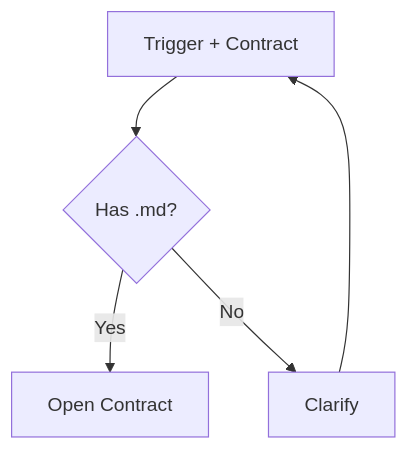
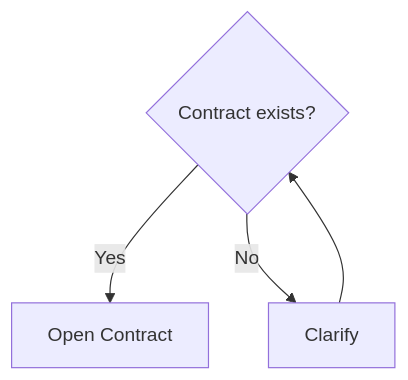
The diagram in contract-diagram/SKILL.md (nonlinear/skills), drawn with Mermaid before and after one commit.

Commit message:
Simplify SKILL diagram: start with decision (Contract exists?)

````diff
--- a/contract-diagram/SKILL.md
+++ b/contract-diagram/SKILL.md
@@ -18,12 +18,10 @@
 ```mermaid
 flowchart TD
-    TRIGGER["Trigger + Contract"]
-    CHECK{"Has .md?"}
+    CHECK{"Contract exists?"}
     OPEN["Open Contract"]
     CLARIFY["Clarify"]
     
-    TRIGGER --> CHECK
     CHECK -->|Yes| OPEN
     CHECK -->|No| CLARIFY
-    CLARIFY --> TRIGGER
+    CLARIFY --> CHECK
 ```
````
